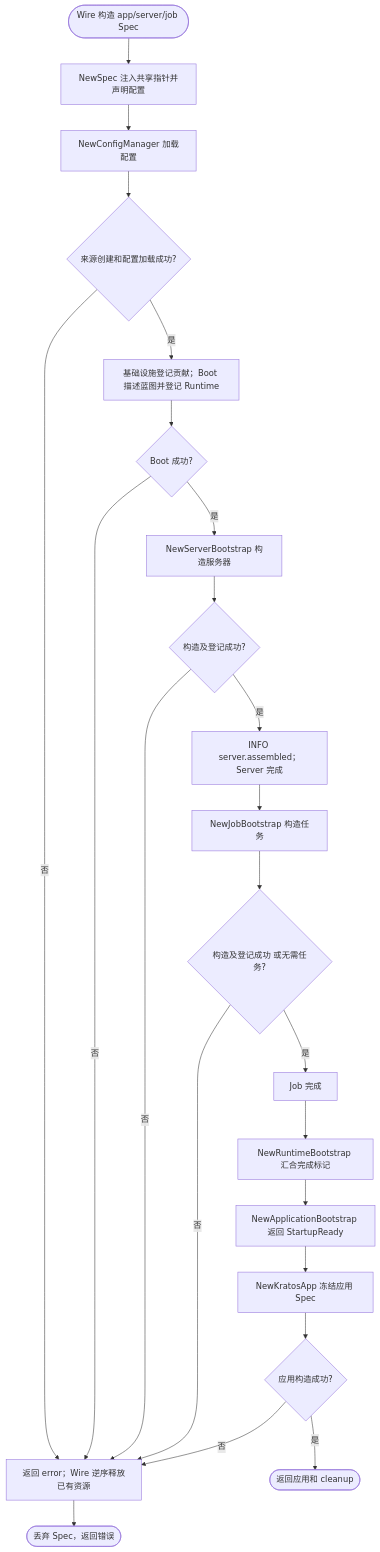
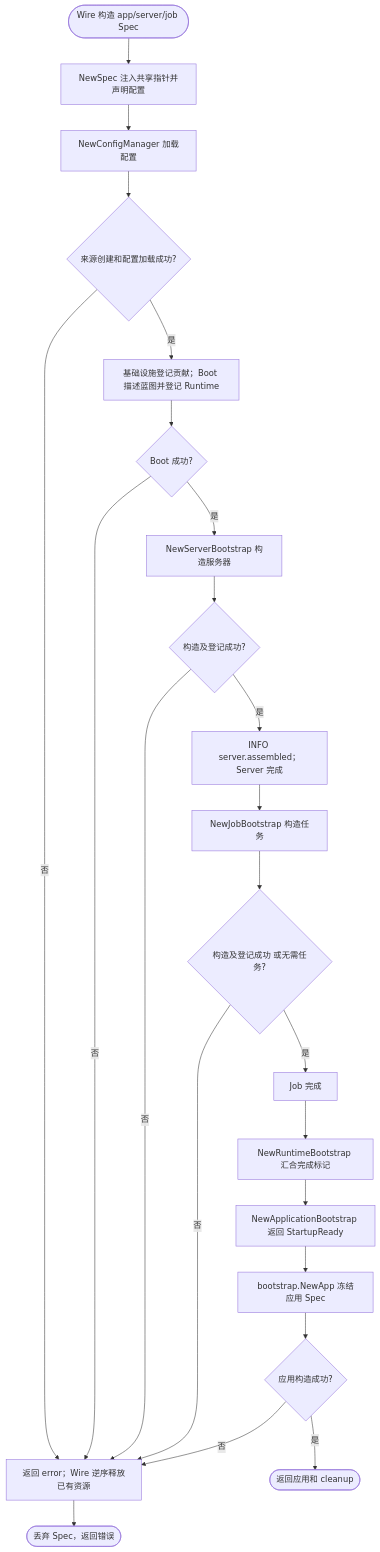
The first of 6 diagrams in pkg/bootstrap/README.md (jaggerzhuang1994/kratos-foundation), drawn with Mermaid before and after one commit. The commit also changed other lines of this file and 31 other files, not shown here.

````diff
--- a/pkg/bootstrap/README.md
+++ b/pkg/bootstrap/README.md
@@ -95,25 +95,25 @@
 ```mermaid
 flowchart TD
     A([Wire 构造 app/server/job Spec]) --> A1[NewSpec 注入共享指针并声明配置]
     A1 --> B[NewConfigManager 加载配置]
     B --> C{来源创建和配置加载成功?}
     C -- 否 --> X[返回 error；Wire 逆序释放已有资源]
     C -- 是 --> D[基础设施登记贡献；Boot 描述蓝图并登记 Runtime]
     D --> E{Boot 成功?}
     E -- 否 --> X
     E -- 是 --> F[NewServerBootstrap 构造服务器]
     F --> G{构造及登记成功?}
     G -- 否 --> X
     G -- 是 --> H[INFO server.assembled；Server 完成]
     H --> I[NewJobBootstrap 构造任务]
     I --> J{构造及登记成功 或无需任务?}
     J -- 否 --> X
     J -- 是 --> K[Job 完成]
     K --> L[NewRuntimeBootstrap 汇合完成标记]
     L --> M[NewApplicationBootstrap 返回 StartupReady]
-    M --> N[NewKratosApp 冻结应用 Spec]
+    M --> N[bootstrap.NewApp 冻结应用 Spec]
     N --> O{应用构造成功?}
     O -- 否 --> X
     O -- 是 --> R([返回应用和 cleanup])
     X --> Y([丢弃 Spec，返回错误])
 ```
````
